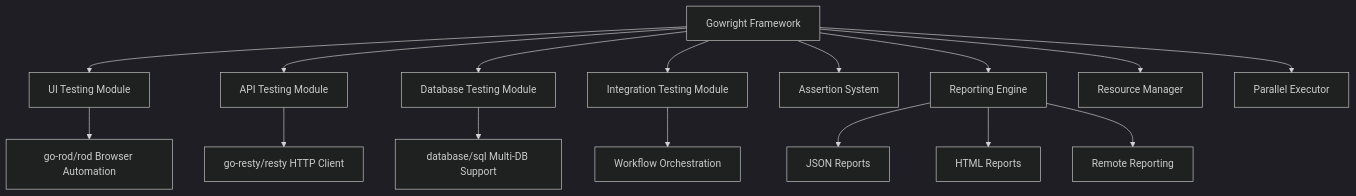
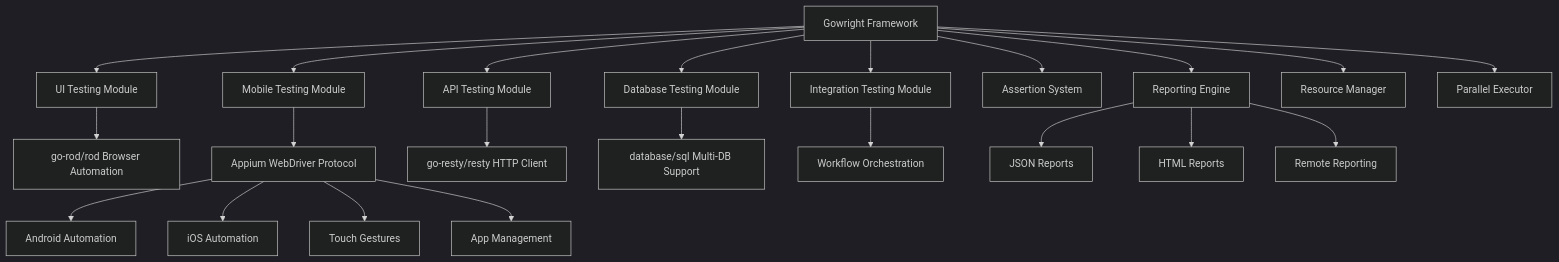
One commit to gowright/framework changed the diagram in docs/getting-started/introduction.md. Above: the diagram before and after it, drawn with Mermaid (dark theme). The commit also changed other lines of this file and 8 other files, not shown here.

Commit message:
Update docs with mermaid and initial appium integration. soon to be added.

````diff
--- a/docs/getting-started/introduction.md
+++ b/docs/getting-started/introduction.md
@@ -31,21 +31,28 @@
 ```mermaid
 graph TB
     A[Gowright Framework] --> B[UI Testing Module]
-    A --> C[API Testing Module]
-    A --> D[Database Testing Module]
-    A --> E[Integration Testing Module]
+    A --> C[Mobile Testing Module]
+    A --> D[API Testing Module]
+    A --> E[Database Testing Module]
+    A --> F[Integration Testing Module]
     
-    B --> F[go-rod/rod Browser Automation]
-    C --> G[go-resty/resty HTTP Client]
-    D --> H[database/sql Multi-DB Support]
-    E --> I[Workflow Orchestration]
+    B --> G[go-rod/rod Browser Automation]
+    C --> H[Appium WebDriver Protocol]
+    D --> I[go-resty/resty HTTP Client]
+    E --> J[database/sql Multi-DB Support]
+    F --> K[Workflow Orchestration]
     
-    A --> J[Assertion System]
-    A --> K[Reporting Engine]
-    A --> L[Resource Manager]
-    A --> M[Parallel Executor]
+    H --> H1[Android Automation]
+    H --> H2[iOS Automation]
+    H --> H3[Touch Gestures]
+    H --> H4[App Management]
     
-    K --> N[JSON Reports]
-    K --> O[HTML Reports]
-    K --> P[Remote Reporting]
+    A --> L[Assertion System]
+    A --> M[Reporting Engine]
+    A --> N[Resource Manager]
+    A --> O[Parallel Executor]
+    
+    M --> P[JSON Reports]
+    M --> Q[HTML Reports]
+    M --> R[Remote Reporting]
 ```
````
